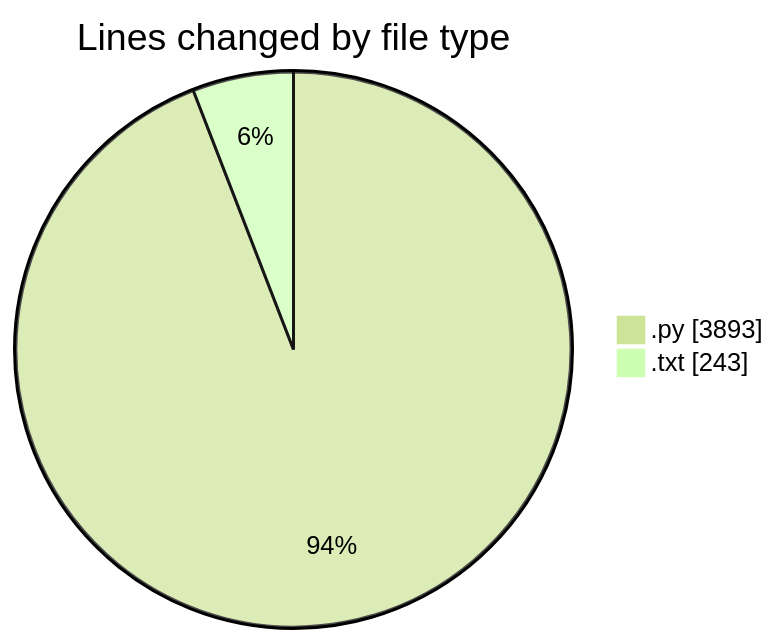
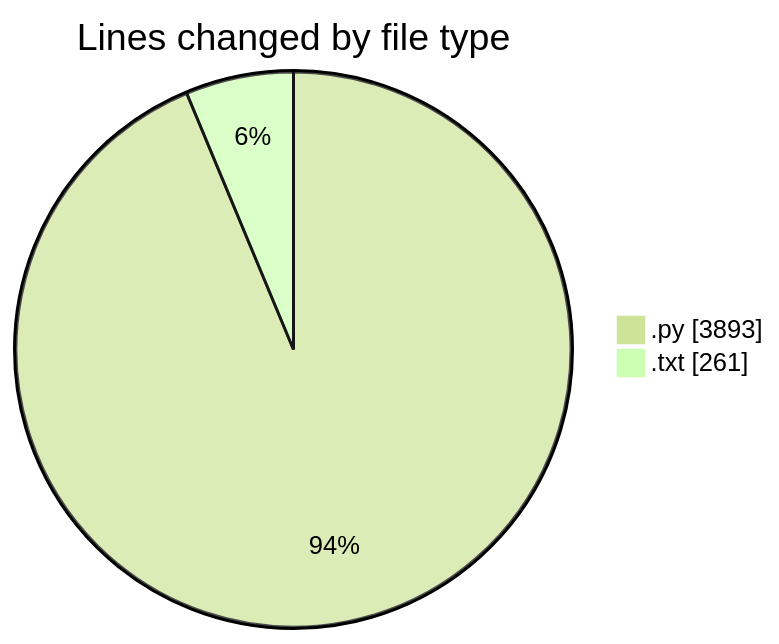
One commit to Ritupan-Deka/code-tracking changed the first of 2 diagrams in 2025-05-26/zip_file/README.md. Above: the diagram before and after it, drawn with Mermaid (forest theme). The commit also changed other lines of this file and 1 other file, not shown here.

````diff
--- a/2025-05-26/zip_file/README.md
+++ b/2025-05-26/zip_file/README.md
@@ -33,6 +33,6 @@
 ```mermaid
 pie showData
 title Lines changed by file type
 ".py" : 3893
-".txt" : 243
+".txt" : 261
 ```
````
